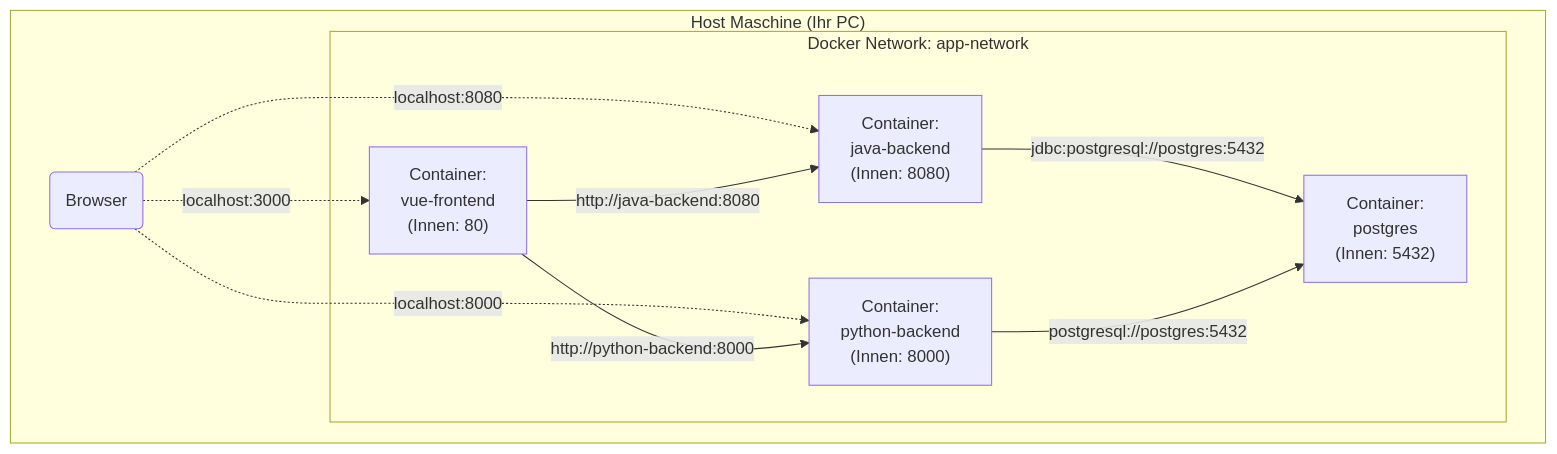
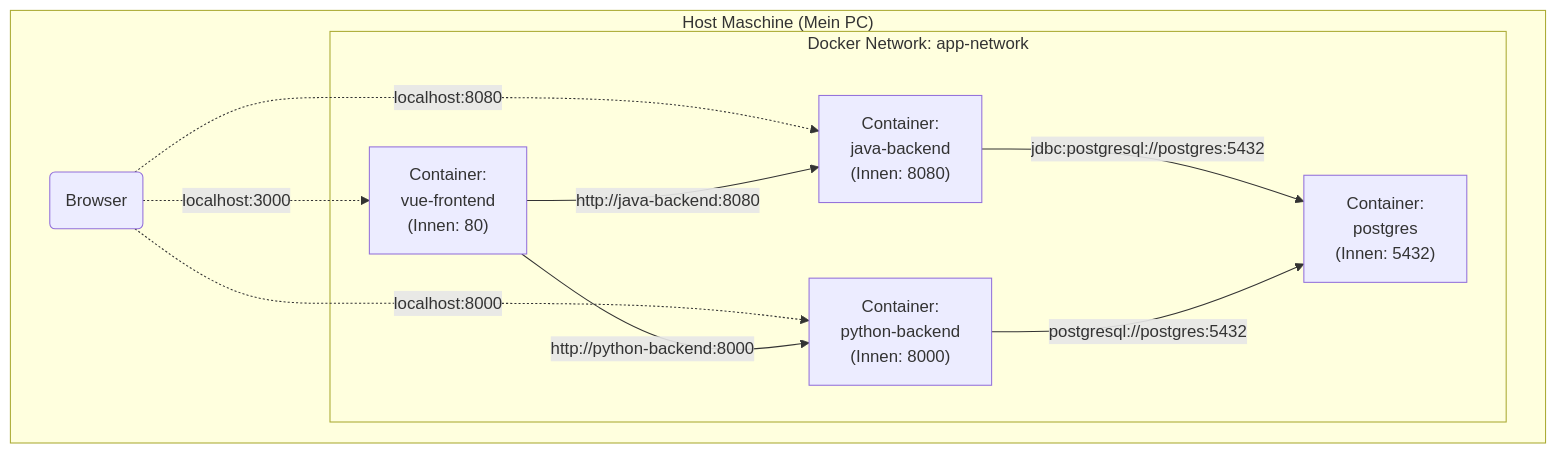
Before and after one commit to kevinnggit/AIprojekt: the diagram in project_learning_hub/01_Infrastruktur_Basics.md, drawn with Mermaid. The commit also changed other lines of this file and 3 other files, not shown here.

````diff
--- a/project_learning_hub/01_Infrastruktur_Basics.md
+++ b/project_learning_hub/01_Infrastruktur_Basics.md
@@ -12,35 +12,35 @@
 ```mermaid
 graph TD
-    subgraph "Host Maschine (Ihr PC)"
+    subgraph "Host Maschine (Mein PC)"
         Client(Browser)
         
         subgraph "Docker Network: app-network"
             Frontend["Container: 
             vue-frontend
             (Innen: 80)"]
             
             Java["Container: 
             java-backend
             (Innen: 8080)"]
             
             Python["Container: 
             python-backend
             (Innen: 8000)"]
             
             DB["Container: 
             postgres
             (Innen: 5432)"]
         end
     end
 
     %% Port Forwarding
     Client -.->|localhost:3000| Frontend
     Client -.->|localhost:8080| Java
     Client -.->|localhost:8000| Python
 
     %% Interne Kommunikation
     Frontend -->|http://java-backend:8080| Java
     Frontend -->|http://python-backend:8000| Python
     Java -->|jdbc:postgresql://postgres:5432| DB
     Python -->|postgresql://postgres:5432| DB
 ```
````
